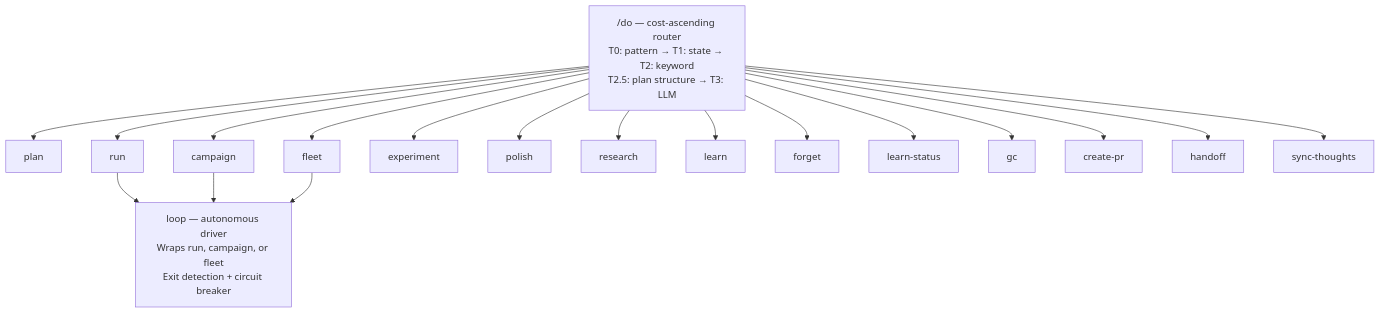
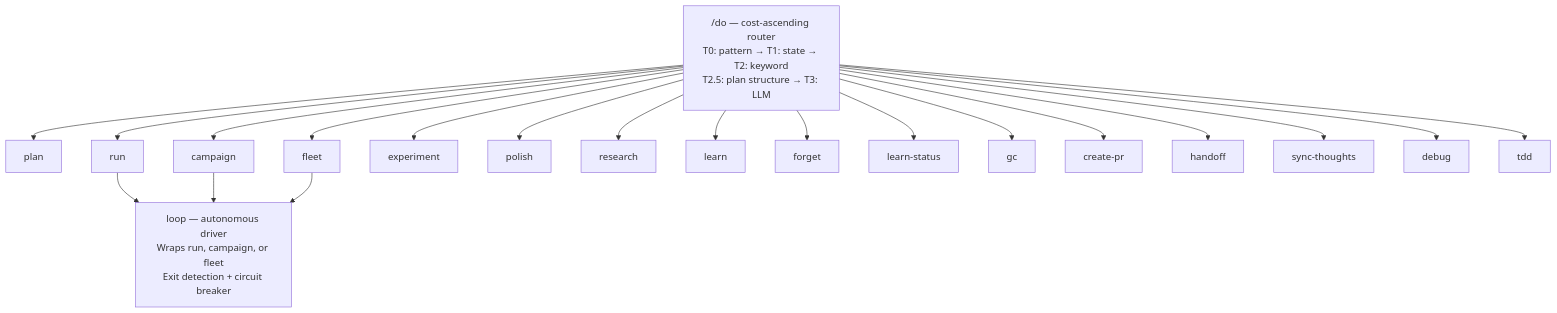
One commit to Jason-Adam/autodidact changed the diagram in README.md. Above: the diagram before and after it, drawn with Mermaid. The commit also changed other lines of this file and 6 other files, not shown here.

First line of the commit message:
Update docs for debug/tdd skills and current counts (#46)

````diff
--- a/README.md
+++ b/README.md
@@ -19,23 +19,25 @@
 ```mermaid
 graph TD
     DO["/do — cost-ascending router<br/>T0: pattern → T1: state → T2: keyword<br/>T2.5: plan structure → T3: LLM"]
 
     DO --> plan
     DO --> run
     DO --> campaign
     DO --> fleet
     DO --> experiment
     DO --> polish
     DO --> research
     DO --> learn
     DO --> forget
     DO --> learn_status["learn-status"]
     DO --> gc
     DO --> create_pr["create-pr"]
     DO --> handoff
     DO --> sync_thoughts["sync-thoughts"]
+    DO --> debug
+    DO --> tdd
 
     run --> LOOP["loop — autonomous driver<br/>Wraps run, campaign, or fleet<br/>Exit detection + circuit breaker"]
     campaign --> LOOP
     fleet --> LOOP
 ```
````
